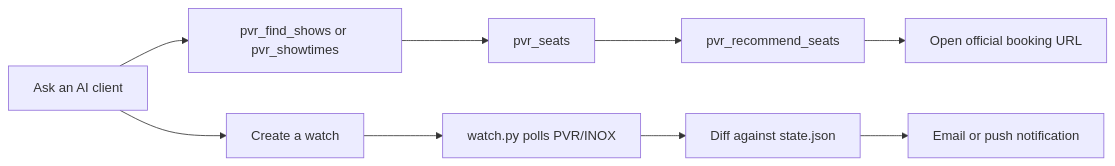
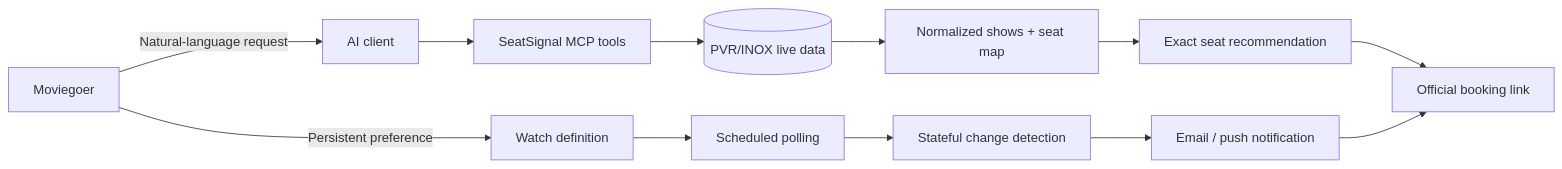
Before and after one commit to koushik-ch/seat-signal: the first of 6 diagrams in README.md, drawn with Mermaid. The commit also changed other lines of this file and 1 other file, not shown here.

````diff
--- a/README.md
+++ b/README.md
@@ -54,11 +40,15 @@
 ```mermaid
 flowchart LR
-    A[Ask an AI client] --> B[pvr_find_shows or pvr_showtimes]
-    B --> C[pvr_seats]
-    C --> D[pvr_recommend_seats]
-    D --> E[Open official booking URL]
-    A --> F[Create a watch]
-    F --> G[watch.py polls PVR/INOX]
-    G --> H[Diff against state.json]
-    H --> I[Email or push notification]
+    U[Moviegoer] -->|Natural-language request| AI[AI client]
+    AI --> MCP[SeatSignal MCP tools]
+    MCP --> DATA[(PVR/INOX live data)]
+    DATA --> FACTS[Normalized shows + seat map]
+    FACTS --> REC[Exact seat recommendation]
+    REC --> BOOK[Official booking link]
+
+    U -->|Persistent preference| WATCH[Watch definition]
+    WATCH --> POLL[Scheduled polling]
+    POLL --> DIFF[Stateful change detection]
+    DIFF --> ALERT[Email / push notification]
+    ALERT --> BOOK
 ```
````
